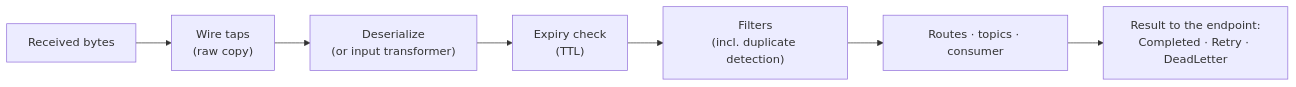
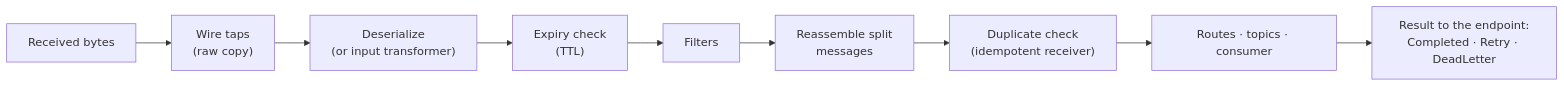
One commit to nymankla/NymBroker changed the first of 2 diagrams in docs/reliability.md. Above: the diagram before and after it, drawn with Mermaid. The commit also changed other lines of this file and 27 other files, not shown here.

````diff
--- a/docs/reliability.md
+++ b/docs/reliability.md
@@ -9,9 +9,11 @@
 ```mermaid
 flowchart LR
     A["Received bytes"] --> B["Wire taps<br/>(raw copy)"]
     B --> C["Deserialize<br/>(or input transformer)"]
     C --> D["Expiry check<br/>(TTL)"]
-    D --> E["Filters<br/>(incl. duplicate detection)"]
-    E --> F["Routes · topics · consumer"]
+    D --> E["Filters"]
+    E --> S["Reassemble split<br/>messages"]
+    S --> I["Duplicate check<br/>(idempotent receiver)"]
+    I --> F["Routes · topics · consumer"]
     F --> G["Result to the endpoint:<br/>Completed · Retry · DeadLetter"]
 ```
````
